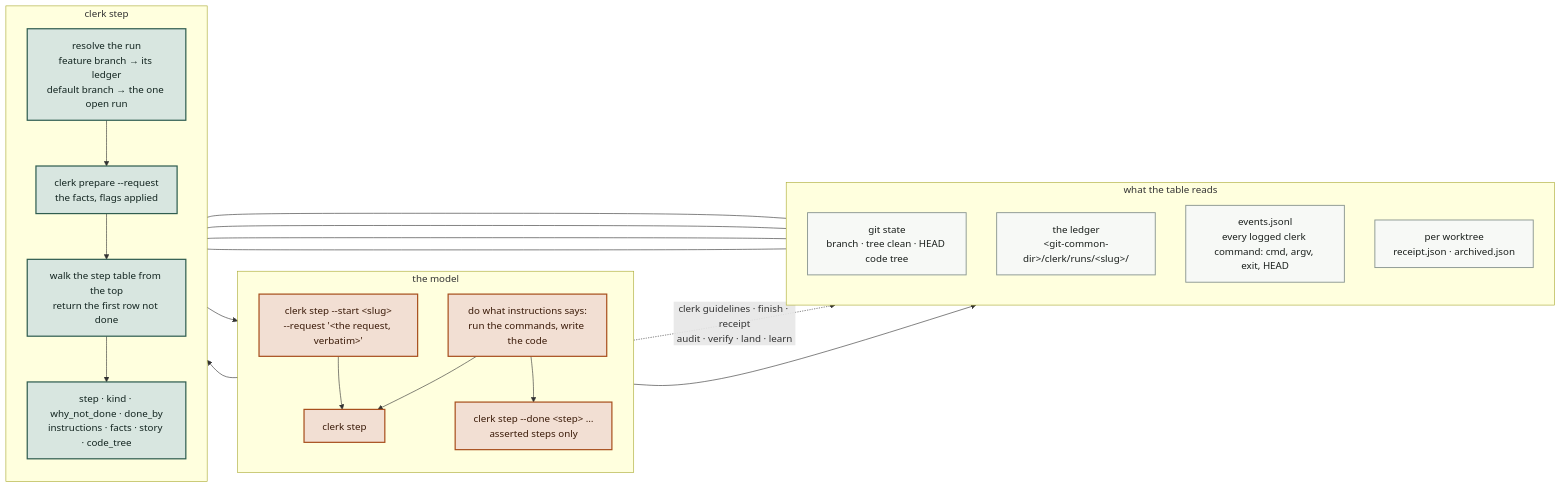
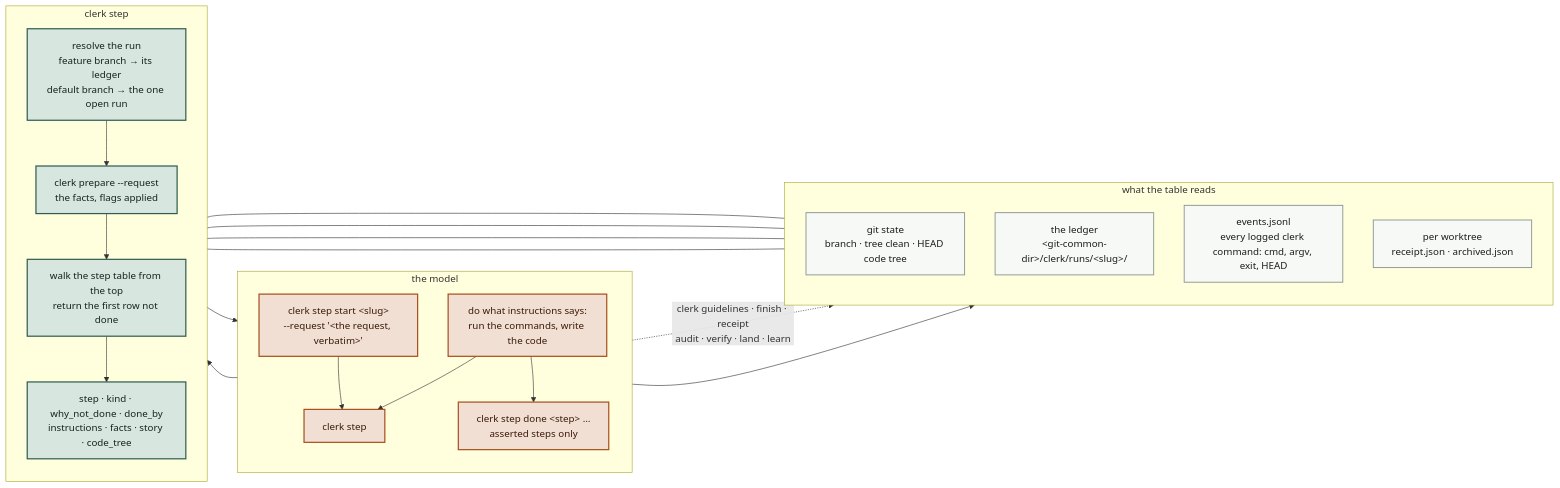
One commit to hpcsc/dotfiles changed the first of 5 diagrams in link/common/dot-config/.config/ai/method/README.md. Above: the diagram before and after it, drawn with Mermaid. The commit also changed other lines of this file and 21 other files, not shown here.

First line of the commit message:
Spell clerk step's verbs as verbs

````diff
--- a/link/common/dot-config/.config/ai/method/README.md
+++ b/link/common/dot-config/.config/ai/method/README.md
@@ -75,37 +75,37 @@
 ```mermaid
 flowchart LR
   subgraph MODEL["the model"]
     direction TB
-    S0["clerk step --start &lt;slug&gt;<br/>--request '&lt;the request, verbatim&gt;'"]
+    S0["clerk step start &lt;slug&gt;<br/>--request '&lt;the request, verbatim&gt;'"]
     S1["clerk step"]
     DO["do what instructions says:<br/>run the commands, write the code"]
-    DN["clerk step --done &lt;step&gt; …<br/>asserted steps only"]
+    DN["clerk step done &lt;step&gt; …<br/>asserted steps only"]
   end
   subgraph CLERK["clerk step"]
     direction TB
     R["resolve the run<br/>feature branch → its ledger<br/>default branch → the one open run"]
     P["clerk prepare --request<br/>the facts, flags applied"]
     T["walk the step table from the top<br/>return the first row not done"]
     O["step · kind · why_not_done · done_by<br/>instructions · facts · story · code_tree"]
   end
   subgraph EVID["what the table reads"]
     direction TB
     G["git state<br/>branch · tree clean · HEAD code tree"]
     L["the ledger<br/>&lt;git-common-dir&gt;/clerk/runs/&lt;slug&gt;/"]
     E["events.jsonl<br/>every logged clerk command: cmd, argv, exit, HEAD"]
     W["per worktree<br/>receipt.json · archived.json"]
   end
   S0 --> S1 --> R --> P --> T --> O --> DO --> S1
   DO -. "clerk guidelines · finish · receipt<br/>audit · verify · land · learn" .-> E
   DO --> DN --> L
   T --- G
   T --- L
   T --- E
   T --- W
   classDef clerk fill:#D8E6E0,stroke:#2F5D50,stroke-width:2px,color:#132520
   classDef you fill:#F2DFD3,stroke:#A8501E,stroke-width:2px,color:#3A1A08
   classDef store fill:#F7F9F6,stroke:#8A9690,stroke-width:1.5px,color:#1A1F1C
   class R,P,T,O clerk
   class S0,S1,DO,DN you
   class G,L,E,W store
 ```
````
